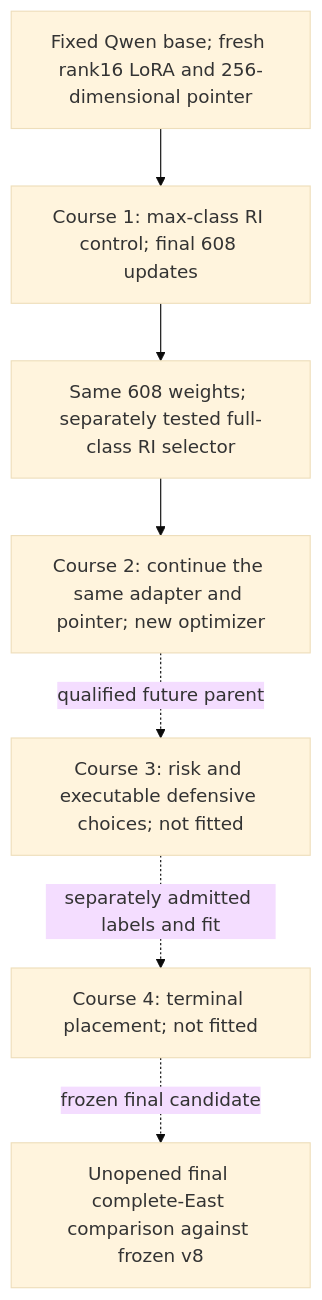
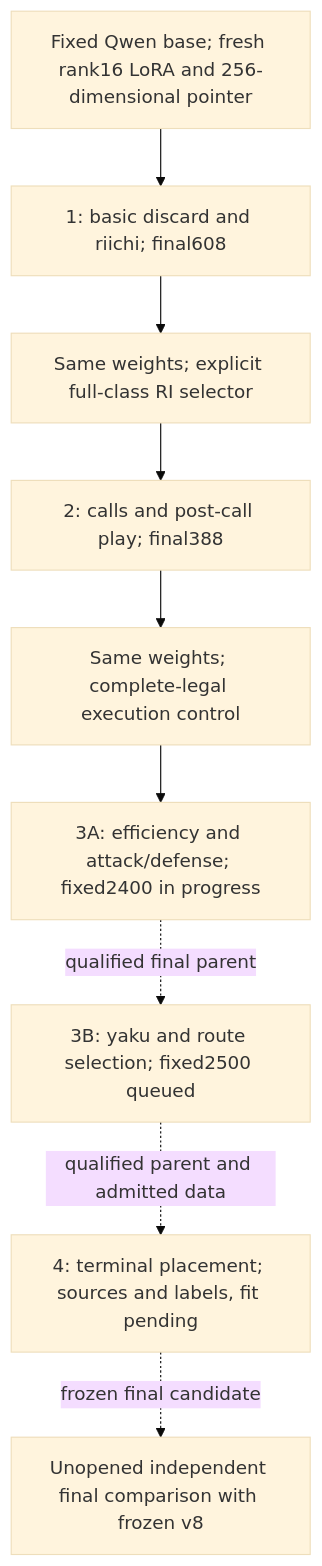
One commit to YokyYao/JevMajhong changed the diagram in reproduction/CURRICULUM_ROUTE.md. Above: the diagram before and after it, drawn with Mermaid (base theme). The commit also changed other lines of this file and 4 other files, not shown here.

````diff
--- a/reproduction/CURRICULUM_ROUTE.md
+++ b/reproduction/CURRICULUM_ROUTE.md
@@ -18,14 +17,16 @@
 ```mermaid
 flowchart TD
     A[Fixed Qwen base; fresh rank16 LoRA and 256-dimensional pointer]
-    B[Course 1: max-class RI control; final 608 updates]
-    C[Same 608 weights; separately tested full-class RI selector]
-    D[Course 2: continue the same adapter and pointer; new optimizer]
-    E[Course 3: risk and executable defensive choices; not fitted]
-    F[Course 4: terminal placement; not fitted]
-    G[Unopened final complete-East comparison against frozen v8]
-    A --> B --> C --> D
-    D -. qualified future parent .-> E
-    E -. separately admitted labels and fit .-> F
-    F -. frozen final candidate .-> G
+    B[1: basic discard and riichi; final608]
+    C[Same weights; explicit full-class RI selector]
+    D[2: calls and post-call play; final388]
+    E[Same weights; complete-legal execution control]
+    F[3A: efficiency and attack/defense; fixed2400 in progress]
+    G[3B: yaku and route selection; fixed2500 queued]
+    H[4: terminal placement; sources and labels, fit pending]
+    I[Unopened independent final comparison with frozen v8]
+    A --> B --> C --> D --> E --> F
+    F -. qualified final parent .-> G
+    G -. qualified parent and admitted data .-> H
+    H -. frozen final candidate .-> I
 ```
````
